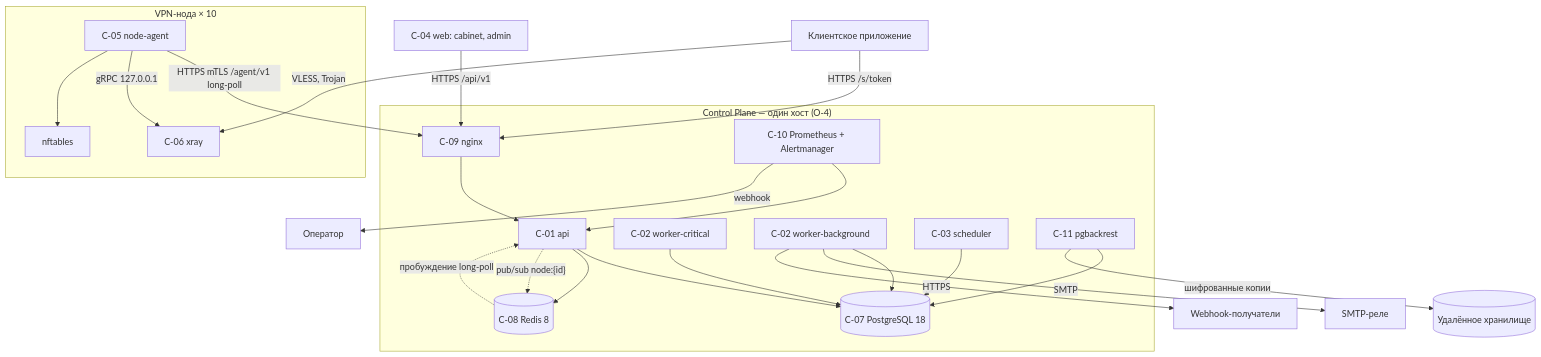
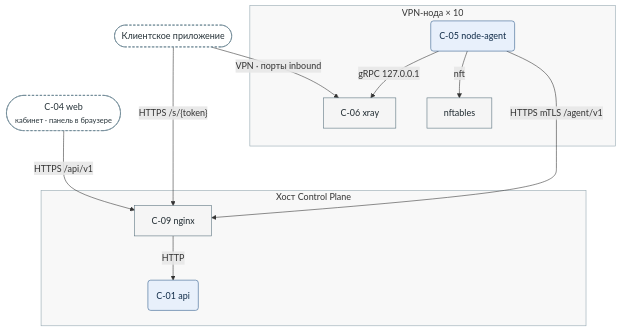
One commit to MatrixFounder/vpn-distribution-system changed the first of 3 diagrams in docs/architectures/system-architecture.md. Above: the diagram before and after it, drawn with Mermaid. The commit also changed other lines of this file and 2 other files, not shown here.

Commit message:
fix(docs): architecture schemas

````diff
--- a/docs/architectures/system-architecture.md
+++ b/docs/architectures/system-architecture.md
@@ -161,41 +164,33 @@
 ```mermaid
+%%{init: {"layout": "dagre", "look": "classic", "flowchart": {"nodeSpacing": 45, "rankSpacing": 55, "wrappingWidth": 400}}}%%
 flowchart TB
-  subgraph Host["Control Plane — один хост (О-4)"]
-    NGX[C-09 nginx]
-    API[C-01 api]
-    WC[C-02 worker-critical]
-    WB[C-02 worker-background]
-    SCH[C-03 scheduler]
-    PG[(C-07 PostgreSQL 18)]
-    RD[(C-08 Redis 8)]
-    PRM[C-10 Prometheus + Alertmanager]
-    BK[C-11 pgbackrest]
+  accTitle: Входы в систему
+  accDescr: Кто обращается к хосту Control Plane и к ноде, и через что.
+  WEB(["C-04 web<br/><small>кабинет · панель в браузере</small>"])
+  CLI(["Клиентское приложение"])
+  subgraph Node["VPN-нода × 10"]
+    AG("C-05 node-agent")
+    XR["C-06 xray"]
+    NFT["nftables"]
   end
-  WEB[C-04 web: cabinet, admin]
-  CLI[Клиентское приложение]
-  subgraph Node["VPN-нода × 10"]
-    AG[C-05 node-agent]
-    XR[C-06 xray]
-    NFT[nftables]
+  subgraph Host["Хост Control Plane"]
+    NGX["C-09 nginx"]
+    API("C-01 api")
   end
-  CLI -->|HTTPS /s/token| NGX
-  WEB -->|HTTPS /api/v1| NGX
-  NGX --> API
-  AG -->|HTTPS mTLS /agent/v1 long-poll| NGX
-  API --> PG
-  API --> RD
-  WC --> PG
-  WB --> PG
-  SCH --> PG
-  API -. pub/sub node:{id} .-> RD
-  RD -. пробуждение long-poll .-> API
-  AG -->|gRPC 127.0.0.1| XR
-  AG --> NFT
-  CLI -->|VLESS, Trojan| XR
-  WB -->|SMTP| MAIL[SMTP-реле]
-  WB -->|HTTPS| WH[Webhook-получатели]
-  PRM --> API
-  PRM -->|webhook| OPS[Оператор]
-  BK --> PG
-  BK -->|шифрованные копии| S3[(Удалённое хранилище)]
+  WEB -->|"HTTPS /api/v1"| NGX
+  CLI -->|"HTTPS /s/{token}"| NGX
+  CLI -->|"VPN · порты inbound"| XR
+  %% layout only: one extra rank keeps the agent edge clear of the client edges
+  AG --->|"HTTPS mTLS /agent/v1"| NGX
+  AG -->|"gRPC 127.0.0.1"| XR
+  AG -->|"nft"| NFT
+  NGX -->|"HTTP"| API
+  class WEB,CLI ext
+  class AG,API wf
+  class XR,NFT,NGX svc
+  style Node fill:#7F7F7F0D,stroke:#90A4AE
+  style Host fill:#7F7F7F0D,stroke:#90A4AE
+  classDef ext fill:#FFFFFF,stroke:#607D8B,color:#263238,stroke-dasharray:4 3
+  classDef wf fill:#E8F0FB,stroke:#2E5A8A,color:#0F2A47
+  classDef svc fill:#F5F5F5,stroke:#546E7A,color:#1F2A30
 ```
````
